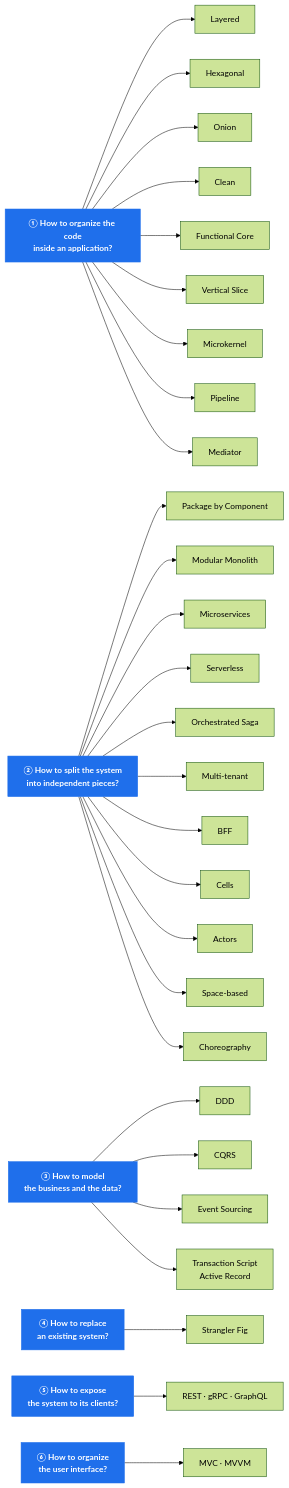
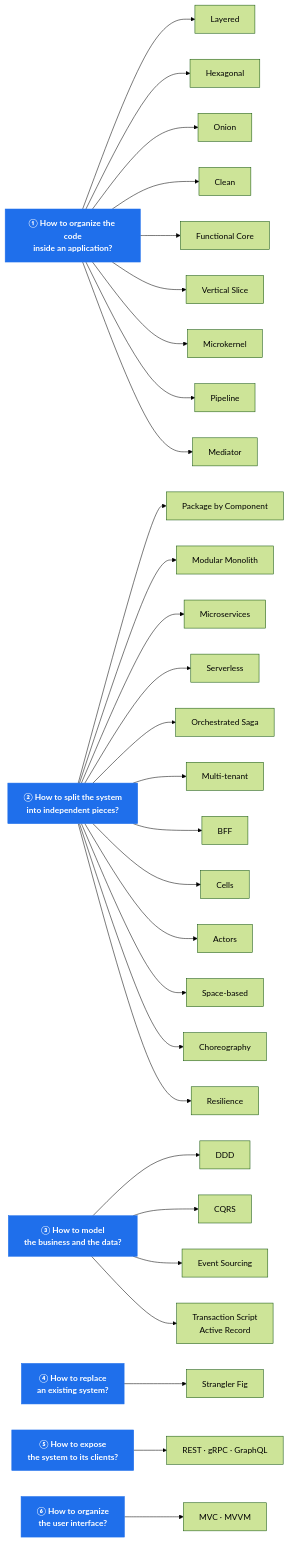
One commit to drangoht/ArchitecturesDemo changed the first of 4 diagrams in Docs/en/README.md. Above: the diagram before and after it, drawn with Mermaid (forest theme). The commit also changed other lines of this file and 61 other files, not shown here.

````diff
--- a/Docs/en/README.md
+++ b/Docs/en/README.md
@@ -73,45 +74,46 @@
 ```mermaid
 flowchart LR
     Q1["<b>① How to organize the code<br/>inside an application?</b>"]
     Q2["<b>② How to split the system<br/>into independent pieces?</b>"]
     Q3["<b>③ How to model<br/>the business and the data?</b>"]
     Q4["<b>④ How to replace<br/>an existing system?</b>"]
     Q5["<b>⑤ How to expose<br/>the system to its clients?</b>"]
     Q6["<b>⑥ How to organize<br/>the user interface?</b>"]
 
     Q1 --> C0["Layered"]
     Q1 --> C1["Hexagonal"]
     Q1 --> C2["Onion"]
     Q1 --> C3["Clean"]
     Q1 --> C4["Functional Core"]
     Q1 --> C5["Vertical Slice"]
     Q1 --> C13["Microkernel"]
     Q1 --> C20["Pipeline"]
     Q1 --> C26["Mediator"]
 
     Q2 --> D6["Package by Component"]
     Q2 --> D7["Modular Monolith"]
     Q2 --> D8["Microservices"]
     Q2 --> D12["Serverless"]
     Q2 --> D14["Orchestrated Saga"]
     Q2 --> D15["Multi-tenant"]
     Q2 --> D16["BFF"]
     Q2 --> D17["Cells"]
     Q2 --> D18["Actors"]
     Q2 --> D19["Space-based"]
     Q2 --> D21["Choreography"]
+    Q2 --> D27["Resilience"]
 
     Q3 --> M11["DDD"]
     Q3 --> M9["CQRS"]
     Q3 --> M10["Event Sourcing"]
     Q3 --> M25["Transaction Script<br/>Active Record"]
 
     Q4 --> S22["Strangler Fig"]
 
     Q5 --> E23["REST · gRPC · GraphQL"]
 
     Q6 --> P24["MVC · MVVM"]
 
     classDef q fill:#1f6feb,color:#fff,stroke:#1f6feb
     class Q1,Q2,Q3,Q4,Q5,Q6 q
 ```
````
